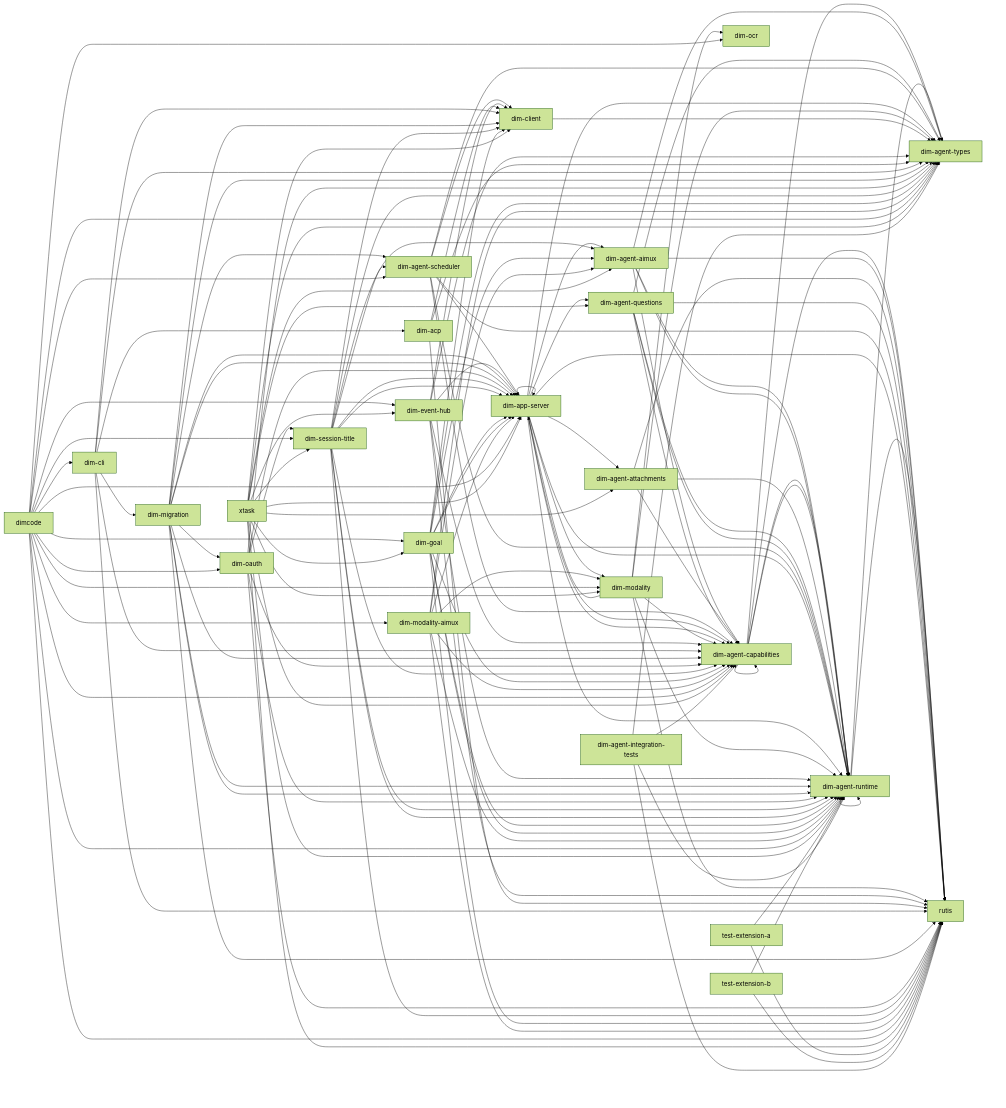
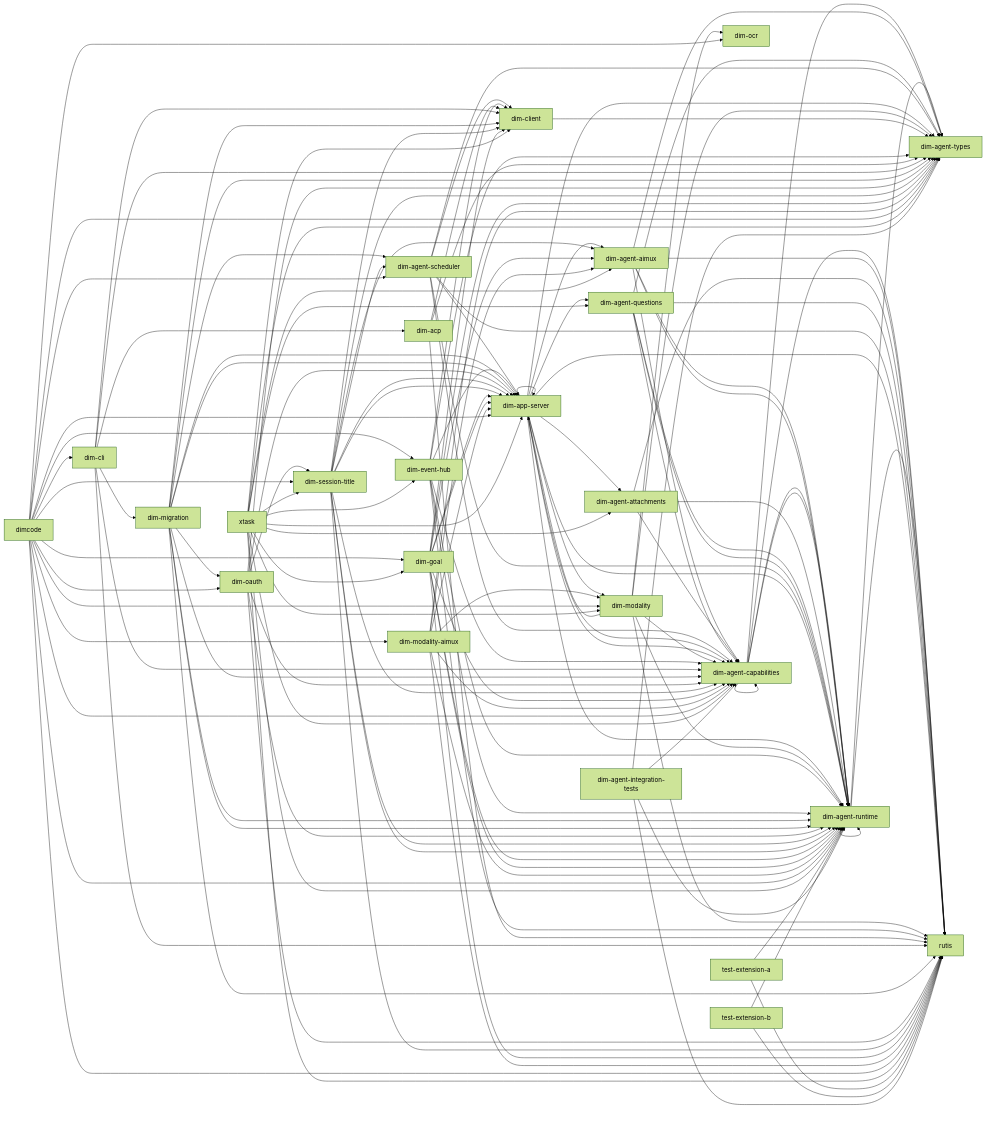
One commit to CoutinhoTTS/dim-agent changed the diagram in docs/architecture/rust-agent/generated/crates.mmd. Above: the diagram before and after it, drawn with Mermaid (forest theme). The commit also changed 20 other files, not shown here.

```diff
--- a/docs/architecture/rust-agent/generated/crates.mmd
+++ b/docs/architecture/rust-agent/generated/crates.mmd
@@ -1,139 +1,140 @@
 %% Generated from cargo metadata; do not edit.
 flowchart LR
   dim_agent_runtime["dim-agent-runtime"] --> dim_agent_types["dim-agent-types"]
   dim_agent_runtime["dim-agent-runtime"] --> rutis["rutis"]
   dim_agent_runtime["dim-agent-runtime"] --> dim_agent_runtime["dim-agent-runtime"]
   dim_agent_capabilities["dim-agent-capabilities"] --> dim_agent_runtime["dim-agent-runtime"]
   dim_agent_capabilities["dim-agent-capabilities"] --> dim_agent_types["dim-agent-types"]
   dim_agent_capabilities["dim-agent-capabilities"] --> rutis["rutis"]
   dim_agent_capabilities["dim-agent-capabilities"] --> dim_agent_capabilities["dim-agent-capabilities"]
   dim_agent_capabilities["dim-agent-capabilities"] --> dim_agent_runtime["dim-agent-runtime"]
   dim_agent_aimux["dim-agent-aimux"] --> dim_agent_capabilities["dim-agent-capabilities"]
   dim_agent_aimux["dim-agent-aimux"] --> dim_agent_runtime["dim-agent-runtime"]
   dim_agent_aimux["dim-agent-aimux"] --> dim_agent_types["dim-agent-types"]
   dim_agent_aimux["dim-agent-aimux"] --> rutis["rutis"]
   dim_agent_aimux["dim-agent-aimux"] --> dim_agent_runtime["dim-agent-runtime"]
   dim_agent_attachments["dim-agent-attachments"] --> dim_agent_capabilities["dim-agent-capabilities"]
   dim_agent_attachments["dim-agent-attachments"] --> dim_agent_runtime["dim-agent-runtime"]
   dim_agent_attachments["dim-agent-attachments"] --> rutis["rutis"]
   dim_agent_questions["dim-agent-questions"] --> dim_agent_capabilities["dim-agent-capabilities"]
   dim_agent_questions["dim-agent-questions"] --> dim_agent_runtime["dim-agent-runtime"]
   dim_agent_questions["dim-agent-questions"] --> dim_agent_types["dim-agent-types"]
   dim_agent_questions["dim-agent-questions"] --> rutis["rutis"]
   dim_agent_questions["dim-agent-questions"] --> dim_agent_runtime["dim-agent-runtime"]
   dim_agent_scheduler["dim-agent-scheduler"] --> dim_agent_capabilities["dim-agent-capabilities"]
   dim_agent_scheduler["dim-agent-scheduler"] --> dim_agent_runtime["dim-agent-runtime"]
   dim_agent_scheduler["dim-agent-scheduler"] --> dim_agent_types["dim-agent-types"]
   dim_agent_scheduler["dim-agent-scheduler"] --> dim_app_server["dim-app-server"]
   dim_agent_scheduler["dim-agent-scheduler"] --> rutis["rutis"]
   dim_agent_scheduler["dim-agent-scheduler"] --> dim_client["dim-client"]
   dim_app_server["dim-app-server"] --> dim_agent_aimux["dim-agent-aimux"]
   dim_app_server["dim-app-server"] --> dim_agent_attachments["dim-agent-attachments"]
   dim_app_server["dim-app-server"] --> dim_agent_capabilities["dim-agent-capabilities"]
   dim_app_server["dim-app-server"] --> dim_agent_questions["dim-agent-questions"]
   dim_app_server["dim-app-server"] --> dim_agent_runtime["dim-agent-runtime"]
   dim_app_server["dim-app-server"] --> dim_agent_types["dim-agent-types"]
   dim_app_server["dim-app-server"] --> rutis["rutis"]
   dim_app_server["dim-app-server"] --> dim_agent_capabilities["dim-agent-capabilities"]
   dim_app_server["dim-app-server"] --> dim_agent_runtime["dim-agent-runtime"]
   dim_app_server["dim-app-server"] --> dim_app_server["dim-app-server"]
   dim_app_server["dim-app-server"] --> dim_modality["dim-modality"]
   dim_modality["dim-modality"] --> dim_agent_capabilities["dim-agent-capabilities"]
   dim_modality["dim-modality"] --> dim_agent_runtime["dim-agent-runtime"]
   dim_modality["dim-modality"] --> dim_agent_types["dim-agent-types"]
   dim_modality["dim-modality"] --> dim_app_server["dim-app-server"]
   dim_modality["dim-modality"] --> dim_ocr["dim-ocr"]
   dim_modality["dim-modality"] --> rutis["rutis"]
   dim_client["dim-client"] --> dim_agent_types["dim-agent-types"]
   dim_event_hub["dim-event-hub"] --> dim_agent_capabilities["dim-agent-capabilities"]
   dim_event_hub["dim-event-hub"] --> dim_agent_runtime["dim-agent-runtime"]
   dim_event_hub["dim-event-hub"] --> dim_agent_types["dim-agent-types"]
   dim_event_hub["dim-event-hub"] --> dim_app_server["dim-app-server"]
   dim_event_hub["dim-event-hub"] --> rutis["rutis"]
+  dim_event_hub["dim-event-hub"] --> dim_agent_runtime["dim-agent-runtime"]
   dim_event_hub["dim-event-hub"] --> dim_client["dim-client"]
   dim_acp["dim-acp"] --> dim_agent_types["dim-agent-types"]
   dim_acp["dim-acp"] --> dim_client["dim-client"]
   dim_acp["dim-acp"] --> rutis["rutis"]
   dim_cli["dim-cli"] --> dim_acp["dim-acp"]
   dim_cli["dim-cli"] --> dim_agent_capabilities["dim-agent-capabilities"]
   dim_cli["dim-cli"] --> dim_agent_types["dim-agent-types"]
   dim_cli["dim-cli"] --> dim_client["dim-client"]
   dim_cli["dim-cli"] --> dim_migration["dim-migration"]
   dim_cli["dim-cli"] --> rutis["rutis"]
   dim_migration["dim-migration"] --> dim_agent_capabilities["dim-agent-capabilities"]
   dim_migration["dim-migration"] --> dim_agent_runtime["dim-agent-runtime"]
   dim_migration["dim-migration"] --> dim_agent_types["dim-agent-types"]
   dim_migration["dim-migration"] --> dim_app_server["dim-app-server"]
   dim_migration["dim-migration"] --> rutis["rutis"]
   dim_migration["dim-migration"] --> dim_agent_runtime["dim-agent-runtime"]
   dim_migration["dim-migration"] --> dim_agent_scheduler["dim-agent-scheduler"]
   dim_migration["dim-migration"] --> dim_app_server["dim-app-server"]
   dim_migration["dim-migration"] --> dim_client["dim-client"]
   dim_migration["dim-migration"] --> dim_oauth["dim-oauth"]
   dim_oauth["dim-oauth"] --> dim_agent_capabilities["dim-agent-capabilities"]
   dim_oauth["dim-oauth"] --> dim_agent_runtime["dim-agent-runtime"]
   dim_oauth["dim-oauth"] --> dim_app_server["dim-app-server"]
   dim_oauth["dim-oauth"] --> dim_session_title["dim-session-title"]
   dim_oauth["dim-oauth"] --> rutis["rutis"]
   dim_oauth["dim-oauth"] --> dim_agent_types["dim-agent-types"]
   dim_session_title["dim-session-title"] --> dim_agent_capabilities["dim-agent-capabilities"]
   dim_session_title["dim-session-title"] --> dim_agent_runtime["dim-agent-runtime"]
   dim_session_title["dim-session-title"] --> dim_agent_types["dim-agent-types"]
   dim_session_title["dim-session-title"] --> dim_app_server["dim-app-server"]
   dim_session_title["dim-session-title"] --> rutis["rutis"]
   dim_session_title["dim-session-title"] --> dim_agent_aimux["dim-agent-aimux"]
   dim_session_title["dim-session-title"] --> dim_agent_runtime["dim-agent-runtime"]
   dim_session_title["dim-session-title"] --> dim_agent_scheduler["dim-agent-scheduler"]
   dim_session_title["dim-session-title"] --> dim_app_server["dim-app-server"]
   dim_session_title["dim-session-title"] --> dim_client["dim-client"]
   dim_goal["dim-goal"] --> dim_agent_capabilities["dim-agent-capabilities"]
   dim_goal["dim-goal"] --> dim_agent_runtime["dim-agent-runtime"]
   dim_goal["dim-goal"] --> dim_agent_types["dim-agent-types"]
   dim_goal["dim-goal"] --> dim_app_server["dim-app-server"]
   dim_goal["dim-goal"] --> rutis["rutis"]
   dim_goal["dim-goal"] --> dim_agent_aimux["dim-agent-aimux"]
   dim_goal["dim-goal"] --> dim_agent_runtime["dim-agent-runtime"]
   dim_goal["dim-goal"] --> dim_app_server["dim-app-server"]
   dim_goal["dim-goal"] --> dim_client["dim-client"]
   dim_modality_aimux["dim-modality-aimux"] --> dim_agent_aimux["dim-agent-aimux"]
   dim_modality_aimux["dim-modality-aimux"] --> dim_agent_capabilities["dim-agent-capabilities"]
   dim_modality_aimux["dim-modality-aimux"] --> dim_agent_runtime["dim-agent-runtime"]
   dim_modality_aimux["dim-modality-aimux"] --> dim_agent_types["dim-agent-types"]
   dim_modality_aimux["dim-modality-aimux"] --> dim_modality["dim-modality"]
   dim_modality_aimux["dim-modality-aimux"] --> rutis["rutis"]
   dim_modality_aimux["dim-modality-aimux"] --> dim_app_server["dim-app-server"]
   dimcode["dimcode"] --> dim_agent_runtime["dim-agent-runtime"]
   dimcode["dimcode"] --> dim_agent_scheduler["dim-agent-scheduler"]
   dimcode["dimcode"] --> dim_app_server["dim-app-server"]
   dimcode["dimcode"] --> dim_cli["dim-cli"]
   dimcode["dimcode"] --> dim_event_hub["dim-event-hub"]
   dimcode["dimcode"] --> dim_goal["dim-goal"]
   dimcode["dimcode"] --> dim_modality["dim-modality"]
   dimcode["dimcode"] --> dim_modality_aimux["dim-modality-aimux"]
   dimcode["dimcode"] --> dim_oauth["dim-oauth"]
   dimcode["dimcode"] --> dim_ocr["dim-ocr"]
   dimcode["dimcode"] --> dim_session_title["dim-session-title"]
   dimcode["dimcode"] --> dim_agent_capabilities["dim-agent-capabilities"]
   dimcode["dimcode"] --> dim_agent_types["dim-agent-types"]
   dimcode["dimcode"] --> rutis["rutis"]
   xtask["xtask"] --> dim_agent_aimux["dim-agent-aimux"]
   xtask["xtask"] --> dim_agent_attachments["dim-agent-attachments"]
   xtask["xtask"] --> dim_agent_capabilities["dim-agent-capabilities"]
   xtask["xtask"] --> dim_agent_questions["dim-agent-questions"]
   xtask["xtask"] --> dim_agent_runtime["dim-agent-runtime"]
   xtask["xtask"] --> dim_agent_types["dim-agent-types"]
   xtask["xtask"] --> dim_app_server["dim-app-server"]
   xtask["xtask"] --> dim_client["dim-client"]
   xtask["xtask"] --> dim_event_hub["dim-event-hub"]
   xtask["xtask"] --> dim_goal["dim-goal"]
   xtask["xtask"] --> dim_modality["dim-modality"]
   xtask["xtask"] --> dim_session_title["dim-session-title"]
   xtask["xtask"] --> rutis["rutis"]
   test_extension_a["test-extension-a"] --> dim_agent_runtime["dim-agent-runtime"]
   test_extension_a["test-extension-a"] --> rutis["rutis"]
   test_extension_b["test-extension-b"] --> dim_agent_runtime["dim-agent-runtime"]
   test_extension_b["test-extension-b"] --> rutis["rutis"]
   dim_agent_integration_tests["dim-agent-integration-tests"] --> dim_agent_capabilities["dim-agent-capabilities"]
   dim_agent_integration_tests["dim-agent-integration-tests"] --> dim_agent_runtime["dim-agent-runtime"]
   dim_agent_integration_tests["dim-agent-integration-tests"] --> dim_agent_types["dim-agent-types"]
   dim_agent_integration_tests["dim-agent-integration-tests"] --> rutis["rutis"]
```
